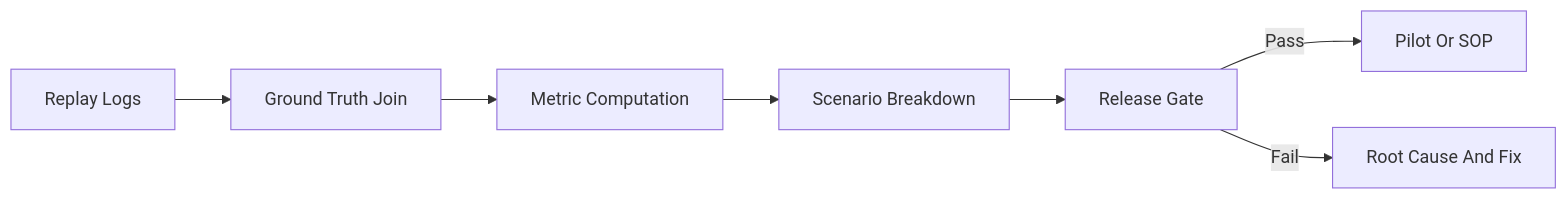
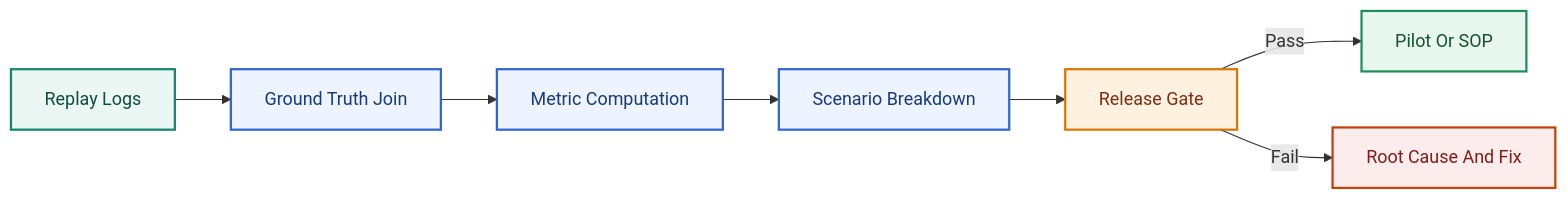
Before and after one commit to LeNguyenHaiDuong/adas-tsr: the fifth of 11 diagrams in research/2.research_tsr_baseline_analysis.md, drawn with Mermaid. The commit also changed other lines of this file and 5 other files, not shown here.

Commit message:
Add mermaid color

````diff
--- a/research/2.research_tsr_baseline_analysis.md
+++ b/research/2.research_tsr_baseline_analysis.md
@@ -359,9 +416,20 @@
 ```mermaid
 flowchart LR
     A[Replay Logs] --> B[Ground Truth Join]
     B --> C[Metric Computation]
     C --> D[Scenario Breakdown]
     D --> E[Release Gate]
     E -->|Pass| F[Pilot Or SOP]
     E -->|Fail| G[Root Cause And Fix]
+
+    classDef source fill:#EAF7F2,stroke:#14866D,color:#0F4C3F,stroke-width:2px;
+    classDef feature fill:#EDF3FF,stroke:#2F66D0,color:#173B7A,stroke-width:2px;
+    classDef decision fill:#FFF1E0,stroke:#D97706,color:#7C2D12,stroke-width:2px;
+    classDef risk fill:#FDECEC,stroke:#C2410C,color:#7F1D1D,stroke-width:2px;
+    classDef integration fill:#E8F7EE,stroke:#1E8E5A,color:#14532D,stroke-width:2px;
+    class A source;
+    class B,C,D feature;
+    class E decision;
+    class G risk;
+    class F integration;
 ```
````
